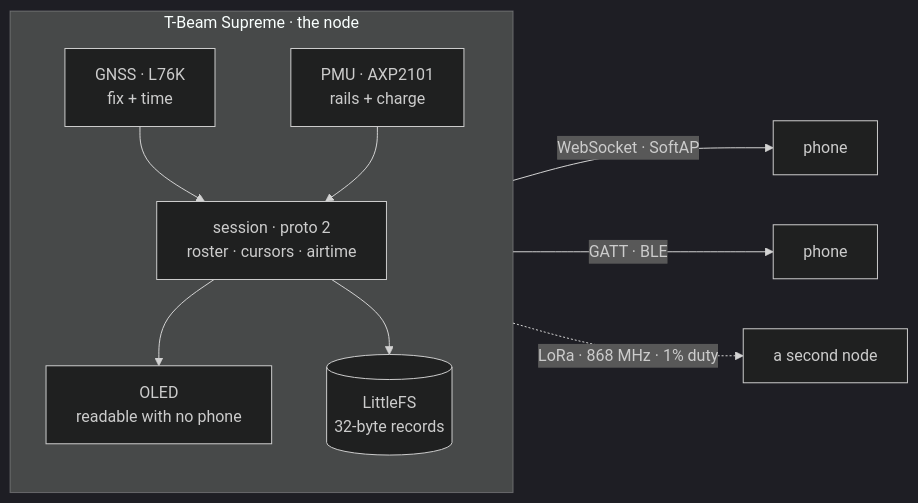
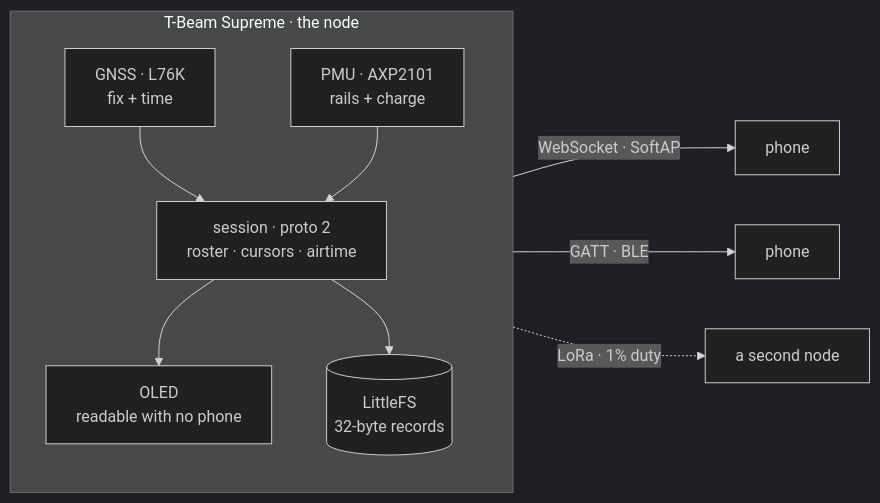
Before and after one commit to MKS-01/lokalgrid: the diagram in README.md, drawn with Mermaid (dark theme). The commit also changed other lines of this file and 2 other files, not shown here.

````diff
--- a/README.md
+++ b/README.md
@@ -155,14 +123,14 @@
 ```mermaid
 flowchart LR
     subgraph NODE["T-Beam Supreme · the node"]
         direction TB
         G["GNSS · L76K<br/>fix + time"] --> S
         P["PMU · AXP2101<br/>rails + charge"] --> S
         S["session · proto 2<br/>roster · cursors · airtime"] --> O["OLED<br/>readable with no phone"]
         S --> FS[("LittleFS<br/>32-byte records")]
     end
 
     S -- "WebSocket · SoftAP" --> A["phone"]
     S -- "GATT · BLE" --> B["phone"]
-    S -. "LoRa · 868 MHz · 1% duty" .-> C["a second node"]
+    S -. "LoRa · 1% duty" .-> C["a second node"]
 ```
````
